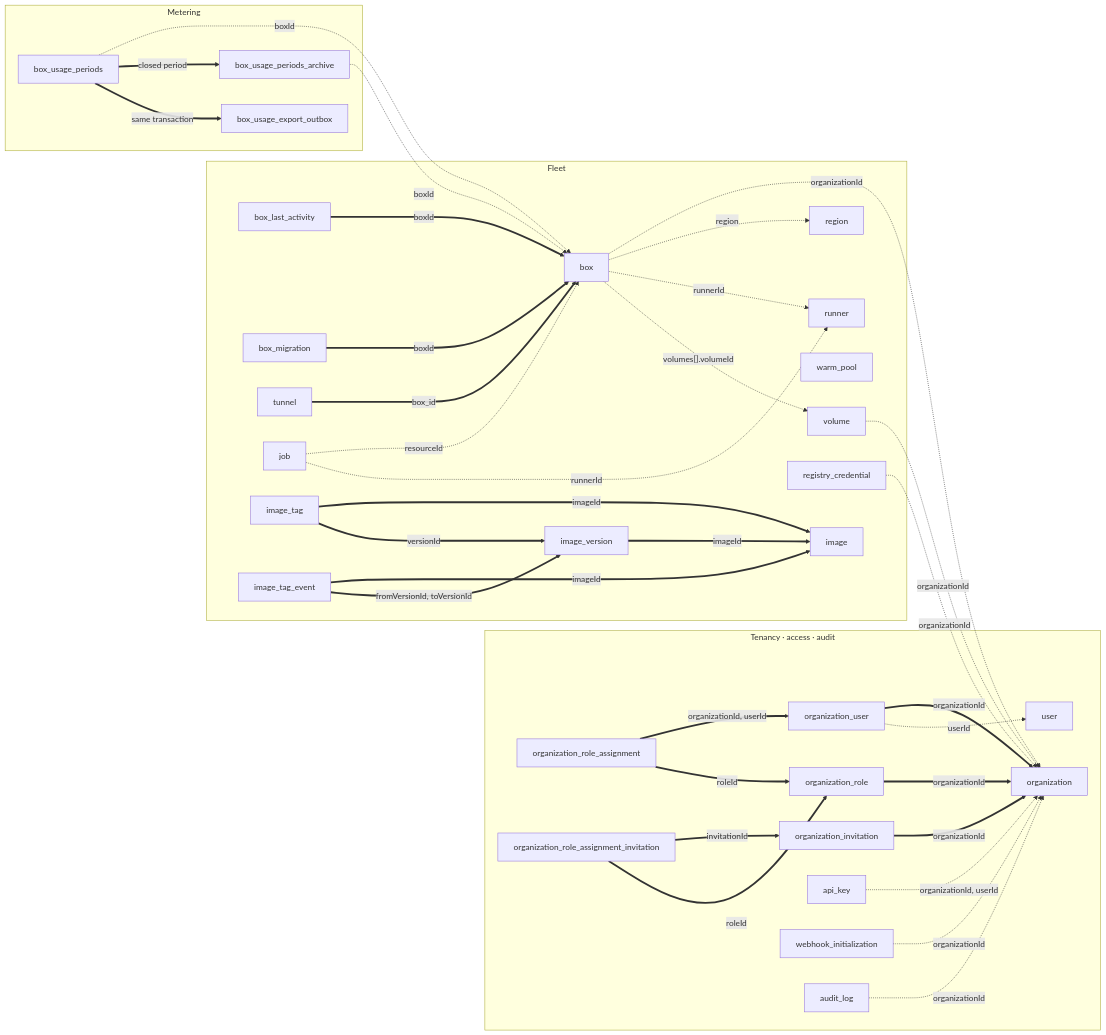
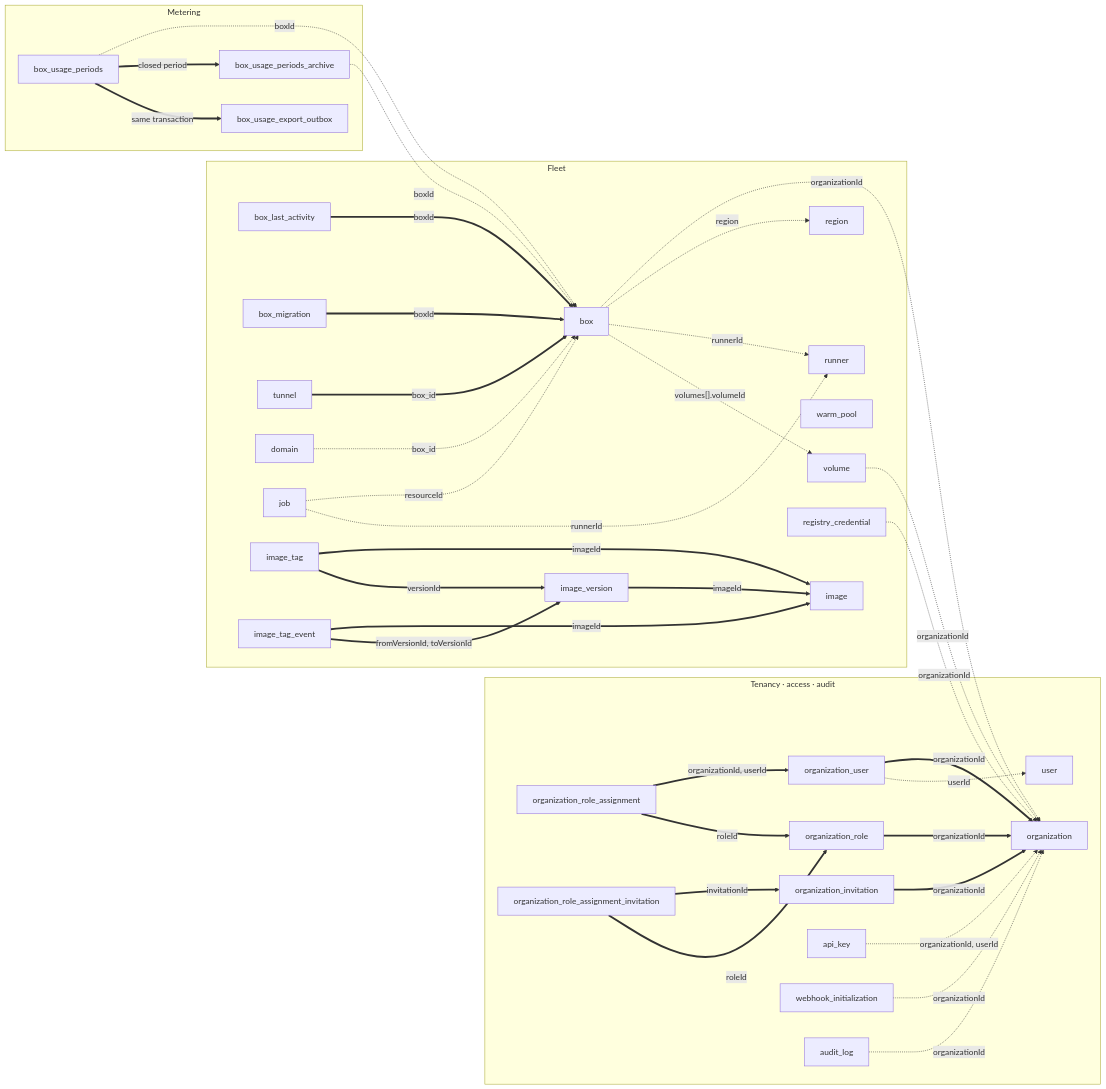
The diagram in apps/SCHEMA.md (boxlite-ai/boxlite), drawn with Mermaid before and after one commit. The commit also changed other lines of this file and 130 other files, not shown here.

````diff
--- a/apps/SCHEMA.md
+++ b/apps/SCHEMA.md
@@ -34,71 +34,73 @@
 ```mermaid
 flowchart LR
     subgraph tenancy["Tenancy · access · audit"]
         t_org["organization"]
         t_orguser["organization_user"]
         t_role["organization_role"]
         t_invite["organization_invitation"]
         t_assign["organization_role_assignment"]
         t_assigninv["organization_role_assignment_invitation"]
         t_user["user"]
         t_apikey["api_key"]
         t_webhook["webhook_initialization"]
         t_audit["audit_log"]
     end
 
     subgraph fleet["Fleet"]
         t_box["box"]
         t_activity["box_last_activity"]
         t_migration["box_migration"]
         t_tunnel["tunnel"]
+        t_domain["domain"]
         t_runner["runner"]
         t_region["region"]
         t_volume["volume"]
         t_job["job"]
         t_warm["warm_pool"]
         t_image["image"]
         t_imgver["image_version"]
         t_imgtag["image_tag"]
         t_imgevent["image_tag_event"]
         t_regcred["registry_credential"]
     end
 
     subgraph metering["Metering"]
         t_period["box_usage_periods"]
         t_archive["box_usage_periods_archive"]
         t_outbox["box_usage_export_outbox"]
     end
 
     t_orguser ==>|"organizationId"| t_org
     t_role ==>|"organizationId"| t_org
     t_invite ==>|"organizationId"| t_org
     t_assign ==>|"organizationId, userId"| t_orguser
     t_assign ==>|"roleId"| t_role
     t_assigninv ==>|"invitationId"| t_invite
     t_assigninv ==>|"roleId"| t_role
     t_activity ==>|"boxId"| t_box
     t_migration ==>|"boxId"| t_box
     t_tunnel ==>|"box_id"| t_box
+    t_domain -.->|"box_id"| t_box
     t_imgver ==>|"imageId"| t_image
     t_imgtag ==>|"imageId"| t_image
     t_imgtag ==>|"versionId"| t_imgver
     t_imgevent ==>|"imageId"| t_image
     t_imgevent ==>|"fromVersionId, toVersionId"| t_imgver
 
     t_orguser -.->|"userId"| t_user
     t_apikey -.->|"organizationId, userId"| t_org
     t_webhook -.->|"organizationId"| t_org
     t_audit -.->|"organizationId"| t_org
     t_box -.->|"organizationId"| t_org
     t_box -.->|"region"| t_region
     t_box -.->|"runnerId"| t_runner
     t_box -.->|"volumes[].volumeId"| t_volume
     t_volume -.->|"organizationId"| t_org
     t_regcred -.->|"organizationId"| t_org
     t_job -.->|"resourceId"| t_box
     t_job -.->|"runnerId"| t_runner
     t_period -.->|"boxId"| t_box
     t_archive -.->|"boxId"| t_box
     t_period ==>|"closed period"| t_archive
     t_period ==>|"same transaction"| t_outbox
 ```
````
